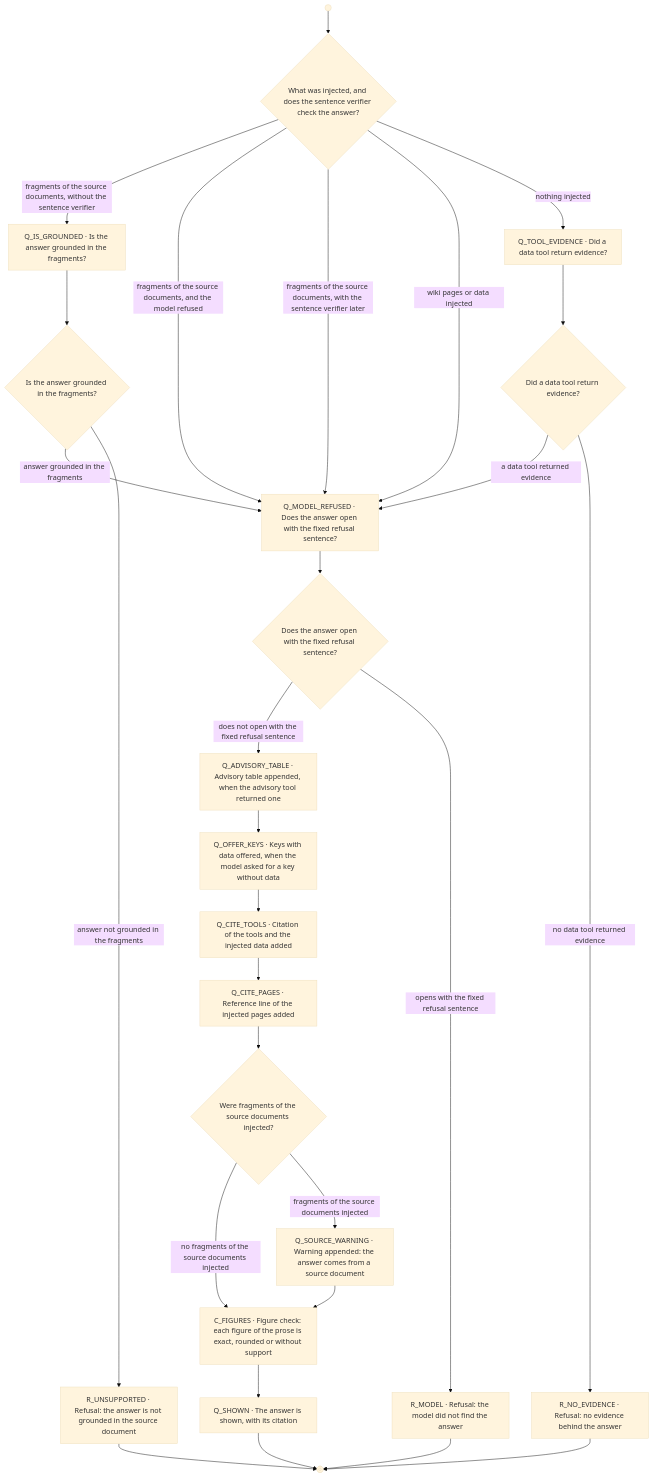
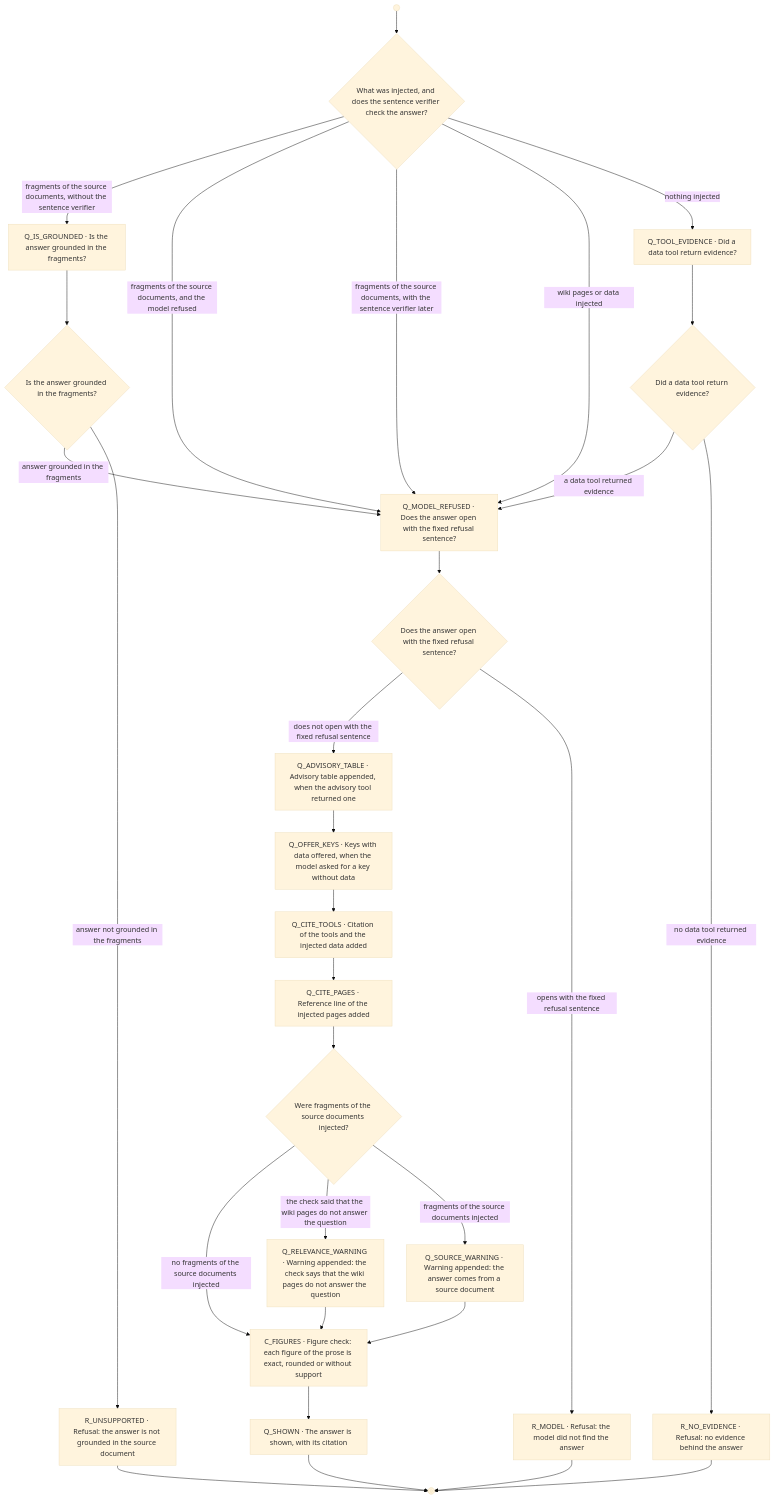
Before and after one commit to Clod/llmwiki-marimo: the third of 5 diagrams in docs/workflow_diagrams.md, drawn with Mermaid (base theme). The commit also changed other lines of this file and 34 other files, not shown here.

First line of the commit message:
feat: the model calls of a pre-retrieval turn are a workflow, and a check that the pages answer

````diff
--- a/docs/workflow_diagrams.md
+++ b/docs/workflow_diagrams.md
@@ -176,51 +223,54 @@
 ```mermaid
 flowchart TD
   wf_start@{ shape: sm-circ }
   wf_end@{ shape: fr-circ }
   tier{"What was injected, and does the sentence verifier check the answer?"}
   Q_IS_GROUNDED["Q_IS_GROUNDED · Is the answer grounded in the fragments?"]
   Q_MODEL_REFUSED["Q_MODEL_REFUSED · Does the answer open with the fixed refusal sentence?"]
   Q_TOOL_EVIDENCE["Q_TOOL_EVIDENCE · Did a data tool return evidence?"]
   after_Q_IS_GROUNDED{"Is the answer grounded in the fragments?"}
   after_Q_MODEL_REFUSED{"Does the answer open with the fixed refusal sentence?"}
   after_Q_TOOL_EVIDENCE{"Did a data tool return evidence?"}
   Q_ADVISORY_TABLE["Q_ADVISORY_TABLE · Advisory table appended, when the advisory tool returned one"]
   R_MODEL["R_MODEL · Refusal: the model did not find the answer"]
   R_NO_EVIDENCE["R_NO_EVIDENCE · Refusal: no evidence behind the answer"]
   R_UNSUPPORTED["R_UNSUPPORTED · Refusal: the answer is not grounded in the source document"]
   Q_OFFER_KEYS["Q_OFFER_KEYS · Keys with data offered, when the model asked for a key without data"]
   Q_CITE_TOOLS["Q_CITE_TOOLS · Citation of the tools and the injected data added"]
   Q_CITE_PAGES["Q_CITE_PAGES · Reference line of the injected pages added"]
   after_Q_CITE_PAGES{"Were fragments of the source documents injected?"}
   C_FIGURES["C_FIGURES · Figure check: each figure of the prose is exact, rounded or without support"]
+  Q_RELEVANCE_WARNING["Q_RELEVANCE_WARNING · Warning appended: the check says that the wiki pages do not answer the question"]
   Q_SOURCE_WARNING["Q_SOURCE_WARNING · Warning appended: the answer comes from a source document"]
   Q_SHOWN["Q_SHOWN · The answer is shown, with its citation"]
 
   wf_start --> tier
   tier -->|"fragments of the source documents, without the sentence verifier"| Q_IS_GROUNDED
   tier -->|"fragments of the source documents, and the model refused"| Q_MODEL_REFUSED
   tier -->|"fragments of the source documents, with the sentence verifier later"| Q_MODEL_REFUSED
   tier -->|"wiki pages or data injected"| Q_MODEL_REFUSED
   tier -->|"nothing injected"| Q_TOOL_EVIDENCE
   Q_IS_GROUNDED --> after_Q_IS_GROUNDED
   Q_MODEL_REFUSED --> after_Q_MODEL_REFUSED
   Q_TOOL_EVIDENCE --> after_Q_TOOL_EVIDENCE
   after_Q_IS_GROUNDED -->|"answer grounded in the fragments"| Q_MODEL_REFUSED
   after_Q_TOOL_EVIDENCE -->|"a data tool returned evidence"| Q_MODEL_REFUSED
   after_Q_IS_GROUNDED -->|"answer not grounded in the fragments"| R_UNSUPPORTED
   after_Q_MODEL_REFUSED -->|"does not open with the fixed refusal sentence"| Q_ADVISORY_TABLE
   after_Q_MODEL_REFUSED -->|"opens with the fixed refusal sentence"| R_MODEL
   after_Q_TOOL_EVIDENCE -->|"no data tool returned evidence"| R_NO_EVIDENCE
   Q_ADVISORY_TABLE --> Q_OFFER_KEYS
   R_MODEL --> wf_end
   R_NO_EVIDENCE --> wf_end
   R_UNSUPPORTED --> wf_end
   Q_OFFER_KEYS --> Q_CITE_TOOLS
   Q_CITE_TOOLS --> Q_CITE_PAGES
   Q_CITE_PAGES --> after_Q_CITE_PAGES
   after_Q_CITE_PAGES -->|"no fragments of the source documents injected"| C_FIGURES
+  after_Q_CITE_PAGES -->|"the check said that the wiki pages do not answer the question"| Q_RELEVANCE_WARNING
   after_Q_CITE_PAGES -->|"fragments of the source documents injected"| Q_SOURCE_WARNING
+  Q_RELEVANCE_WARNING --> C_FIGURES
   Q_SOURCE_WARNING --> C_FIGURES
   C_FIGURES --> Q_SHOWN
   Q_SHOWN --> wf_end
 ```
````
